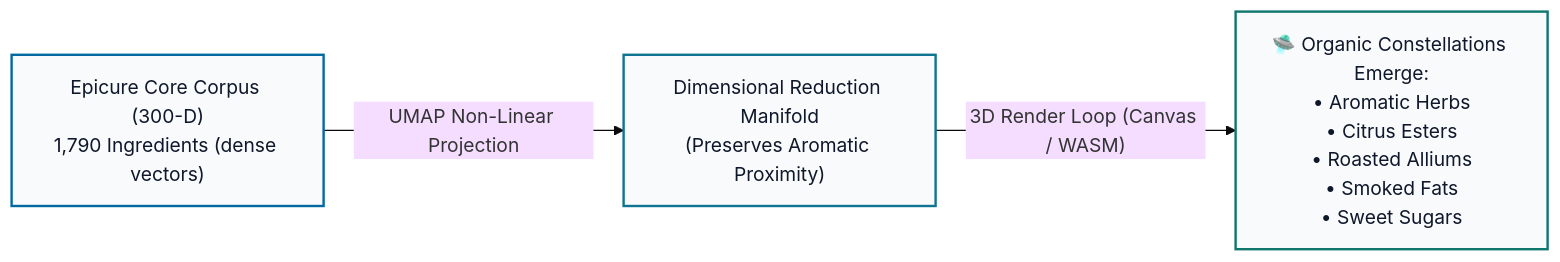
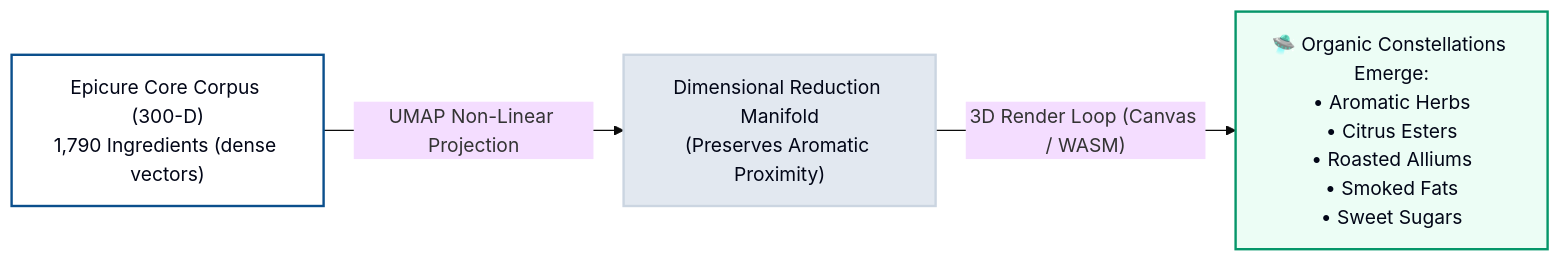
Before and after one commit to VikramTiwari/notes: the first of 2 diagrams in side-projects/culinary-vector-math.md, drawn with Mermaid (base theme). The commit also changed other lines of this file and 7 other files, not shown here.

````diff
--- a/side-projects/culinary-vector-math.md
+++ b/side-projects/culinary-vector-math.md
@@ -35,9 +35,9 @@
 ```mermaid
 flowchart LR
     A["Epicure Core Corpus (300-D)<br>1,790 Ingredients (dense vectors)"] -->|UMAP Non-Linear Projection| B["Dimensional Reduction Manifold<br>(Preserves Aromatic Proximity)"]
     B -->|"3D Render Loop (Canvas / WASM)"| C["🛸 Organic Constellations Emerge:<br>• Aromatic Herbs<br>• Citrus Esters<br>• Roasted Alliums<br>• Smoked Fats<br>• Sweet Sugars"]
     
-    style A fill:#f8fafc,stroke:#0369a1,stroke-width:2px,color:#0f172a
-    style B fill:#f8fafc,stroke:#0e7490,stroke-width:2px,color:#0f172a
-    style C fill:#f8fafc,stroke:#0f766e,stroke-width:2px,color:#0f172a
+    style A fill:#ffffff,stroke:#0b4f8c,stroke-width:2px,color:#020617
+    style B fill:#e2e8f0,stroke:#cbd5e1,stroke-width:2px,color:#020617
+    style C fill:#ecfdf5,stroke:#059669,stroke-width:2px,color:#020617
 ```
````
